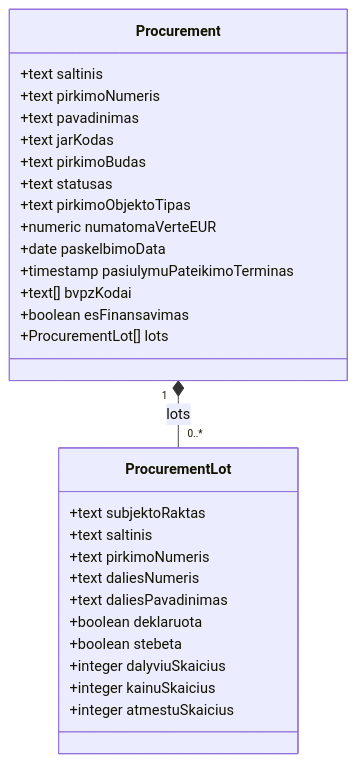
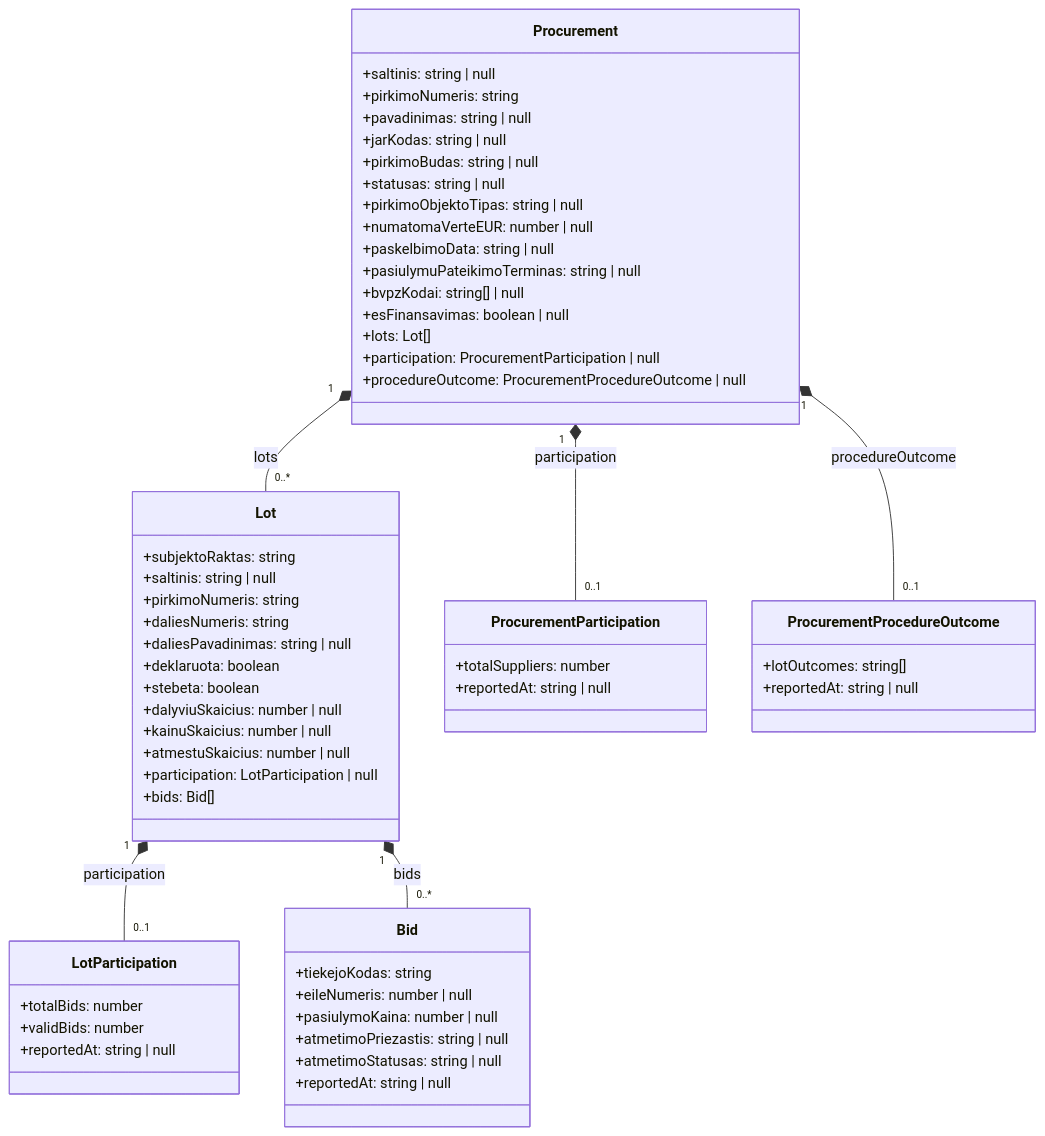
Before and after one commit to Viespirkiu-grupe/viespirkiai: the third of 6 diagrams in docs/indicators-story/risk-service-architecture.md, drawn with Mermaid. The commit also changed other lines of this file, not shown here.

````diff
--- a/docs/indicators-story/risk-service-architecture.md
+++ b/docs/indicators-story/risk-service-architecture.md
@@ -116,31 +109,64 @@
 ```mermaid
 classDiagram
     class Procurement {
-        +text saltinis
-        +text pirkimoNumeris
-        +text pavadinimas
-        +text jarKodas
-        +text pirkimoBudas
-        +text statusas
-        +text pirkimoObjektoTipas
-        +numeric numatomaVerteEUR
-        +date paskelbimoData
-        +timestamp pasiulymuPateikimoTerminas
-        +text[] bvpzKodai
-        +boolean esFinansavimas
-        +ProcurementLot[] lots
+        +saltinis: string | null
+        +pirkimoNumeris: string
+        +pavadinimas: string | null
+        +jarKodas: string | null
+        +pirkimoBudas: string | null
+        +statusas: string | null
+        +pirkimoObjektoTipas: string | null
+        +numatomaVerteEUR: number | null
+        +paskelbimoData: string | null
+        +pasiulymuPateikimoTerminas: string | null
+        +bvpzKodai: string[] | null
+        +esFinansavimas: boolean | null
+        +lots: Lot[]
+        +participation: ProcurementParticipation | null
+        +procedureOutcome: ProcurementProcedureOutcome | null
     }
-    class ProcurementLot {
-        +text subjektoRaktas
-        +text saltinis
-        +text pirkimoNumeris
-        +text daliesNumeris
-        +text daliesPavadinimas
-        +boolean deklaruota
-        +boolean stebeta
-        +integer dalyviuSkaicius
-        +integer kainuSkaicius
-        +integer atmestuSkaicius
+
+    class Lot {
+        +subjektoRaktas: string
+        +saltinis: string | null
+        +pirkimoNumeris: string
+        +daliesNumeris: string
+        +daliesPavadinimas: string | null
+        +deklaruota: boolean
+        +stebeta: boolean
+        +dalyviuSkaicius: number | null
+        +kainuSkaicius: number | null
+        +atmestuSkaicius: number | null
+        +participation: LotParticipation | null
+        +bids: Bid[]
     }
-    Procurement "1" *-- "0..*" ProcurementLot: lots
+
+    class Bid {
+        +tiekejoKodas: string
+        +eileNumeris: number | null
+        +pasiulymoKaina: number | null
+        +atmetimoPriezastis: string | null
+        +atmetimoStatusas: string | null
+        +reportedAt: string | null
+    }
+
+    class LotParticipation {
+        +totalBids: number
+        +validBids: number
+        +reportedAt: string | null
+    }
+    class ProcurementParticipation {
+        +totalSuppliers: number
+        +reportedAt: string | null
+    }
+    class ProcurementProcedureOutcome {
+        +lotOutcomes: string[]
+        +reportedAt: string | null
+    }
+
+    Procurement "1" *-- "0..*" Lot: lots
+    Procurement "1" *-- "0..1" ProcurementParticipation: participation
+    Procurement "1" *-- "0..1" ProcurementProcedureOutcome: procedureOutcome
+    Lot "1" *-- "0..1" LotParticipation: participation
+    Lot "1" *-- "0..*" Bid: bids
 ```
````
